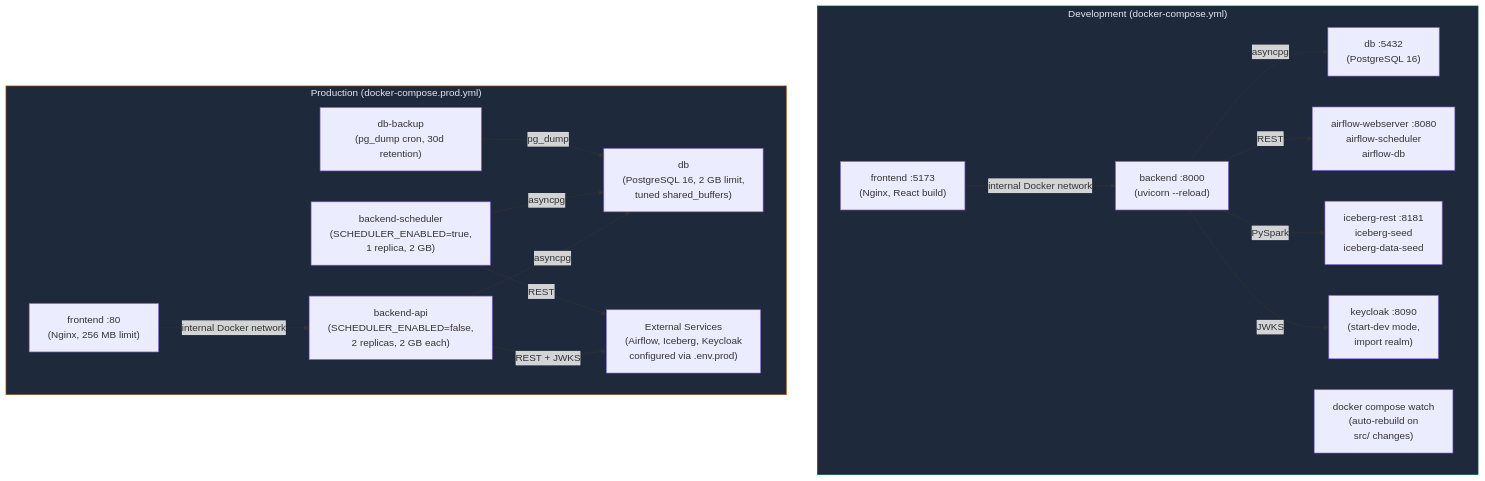
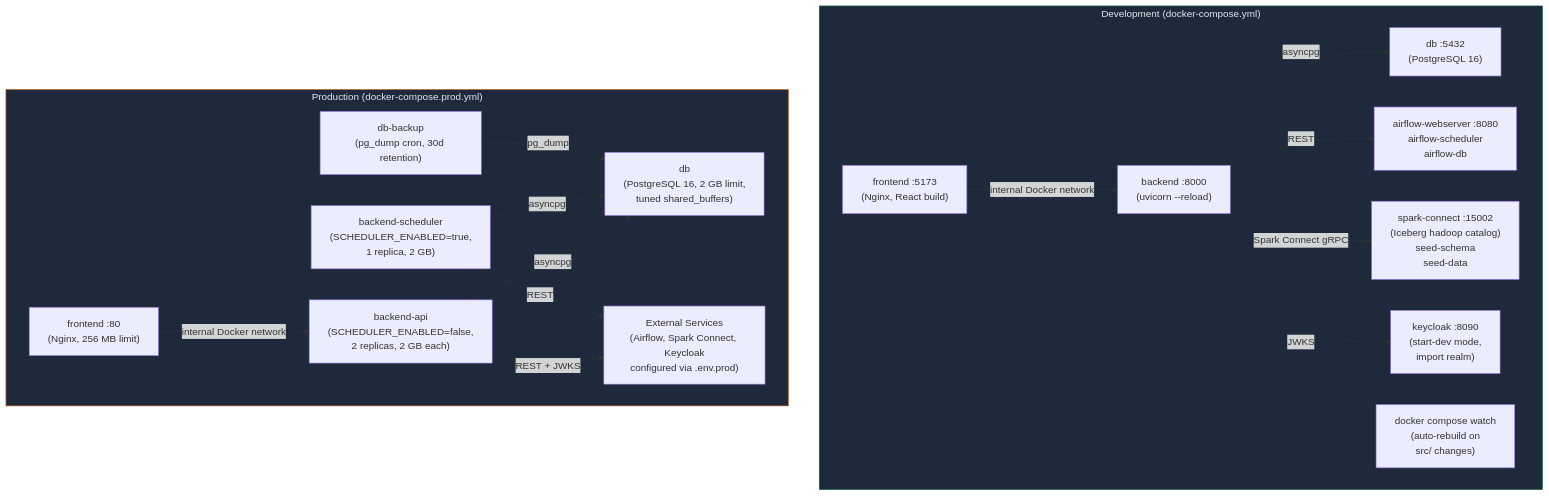
Before and after one commit to harharim55-alt/EtlNexus: diagram 18 of 19 in docs/ARCHITECTURE.md, drawn with Mermaid. The commit also changed other lines of this file and 47 other files, not shown here.

First line of the commit message:
feat: replace Iceberg REST catalog with Spark Connect + 30s Postgres mirror

````diff
--- a/docs/ARCHITECTURE.md
+++ b/docs/ARCHITECTURE.md
@@ -1033,37 +1034,37 @@
 ```mermaid
 graph TB
     subgraph Dev["Development (docker-compose.yml)"]
         DEV_FE["frontend :5173<br/>(Nginx, React build)"]
         DEV_BE["backend :8000<br/>(uvicorn --reload)"]
         DEV_DB["db :5432<br/>(PostgreSQL 16)"]
         DEV_AF["airflow-webserver :8080<br/>airflow-scheduler<br/>airflow-db"]
         DEV_KC["keycloak :8090<br/>(start-dev mode,<br/>import realm)"]
-        DEV_ICE["iceberg-rest :8181<br/>iceberg-seed<br/>iceberg-data-seed"]
+        DEV_ICE["spark-connect :15002<br/>(Iceberg hadoop catalog)<br/>seed-schema<br/>seed-data"]
         DEV_WATCH["docker compose watch<br/>(auto-rebuild on<br/>src/ changes)"]
     end
 
     subgraph Prod["Production (docker-compose.prod.yml)"]
         PROD_FE["frontend :80<br/>(Nginx, 256 MB limit)"]
         PROD_API["backend-api<br/>(SCHEDULER_ENABLED=false,<br/>2 replicas, 2 GB each)"]
         PROD_SCHED["backend-scheduler<br/>(SCHEDULER_ENABLED=true,<br/>1 replica, 2 GB)"]
         PROD_DB["db<br/>(PostgreSQL 16, 2 GB limit,<br/>tuned shared_buffers)"]
         PROD_BACKUP["db-backup<br/>(pg_dump cron, 30d retention)"]
-        PROD_EXT["External Services<br/>(Airflow, Iceberg, Keycloak<br/>configured via .env.prod)"]
+        PROD_EXT["External Services<br/>(Airflow, Spark Connect, Keycloak<br/>configured via .env.prod)"]
     end
 
     DEV_FE -->|internal Docker network| DEV_BE
     DEV_BE -->|asyncpg| DEV_DB
     DEV_BE -->|REST| DEV_AF
-    DEV_BE -->|PySpark| DEV_ICE
+    DEV_BE -->|Spark Connect gRPC| DEV_ICE
     DEV_BE -->|JWKS| DEV_KC
 
     PROD_FE -->|internal Docker network| PROD_API
     PROD_API -->|asyncpg| PROD_DB
     PROD_SCHED -->|asyncpg| PROD_DB
     PROD_API -->|REST + JWKS| PROD_EXT
     PROD_SCHED -->|REST| PROD_EXT
     PROD_BACKUP -->|pg_dump| PROD_DB
 
     style Dev fill:#1e293b,stroke:#065f46,color:#e2e8f0
     style Prod fill:#1e293b,stroke:#b45309,color:#e2e8f0
 ```
````
